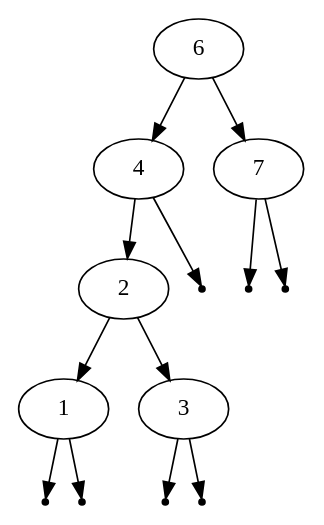
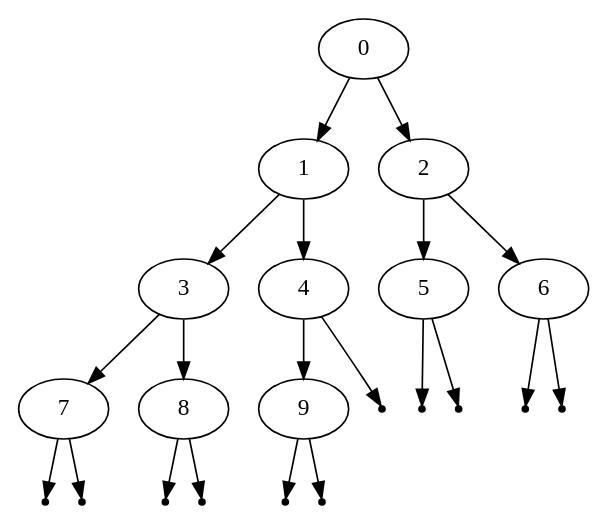
The diagram in graph.dot (aschey/cs260), drawn with Graphviz before and after one commit. The commit also changed 8 other files, not shown here.

```diff
--- a/graph.dot
+++ b/graph.dot
@@ -1,28 +1,44 @@
 digraph {
 graph [ordering="out"];
-Node0 [label=6];
-Node1 [label=4];
+Node0 [label=0];
+Node1 [label=1];
 Node0 -> Node1;
-Node2 [label=7];
+Node2 [label=2];
 Node0 -> Node2;
-Node3 [label=2];
+Node3 [label=3];
 Node1 -> Node3;
-Null0 [shape=point]
-;Node1 -> Null0;
-Null1 [shape=point]
-;Node2 -> Null1;
-Null2 [shape=point]
-;Node2 -> Null2;
-Node4 [label=1];
-Node3 -> Node4;
-Node5 [label=3];
-Node3 -> Node5;
-Null3 [shape=point]
-;Node4 -> Null3;
-Null4 [shape=point]
-;Node4 -> Null4;
-Null5 [shape=point]
-;Node5 -> Null5;
-Null6 [shape=point]
-;Node5 -> Null6;
+Node4 [label=4];
+Node1 -> Node4;
+Node5 [label=5];
+Node2 -> Node5;
+Node6 [label=6];
+Node2 -> Node6;
+Node7 [label=7];
+Node3 -> Node7;
+Node8 [label=8];
+Node3 -> Node8;
+Node9 [label=9];
+Node4 -> Node9;
+Null0 [shape=point];
+Node4 -> Null0;
+Null1 [shape=point];
+Node5 -> Null1;
+Null2 [shape=point];
+Node5 -> Null2;
+Null3 [shape=point];
+Node6 -> Null3;
+Null4 [shape=point];
+Node6 -> Null4;
+Null5 [shape=point];
+Node7 -> Null5;
+Null6 [shape=point];
+Node7 -> Null6;
+Null7 [shape=point];
+Node8 -> Null7;
+Null8 [shape=point];
+Node8 -> Null8;
+Null9 [shape=point];
+Node9 -> Null9;
+Null10 [shape=point];
+Node9 -> Null10;
 }
```
